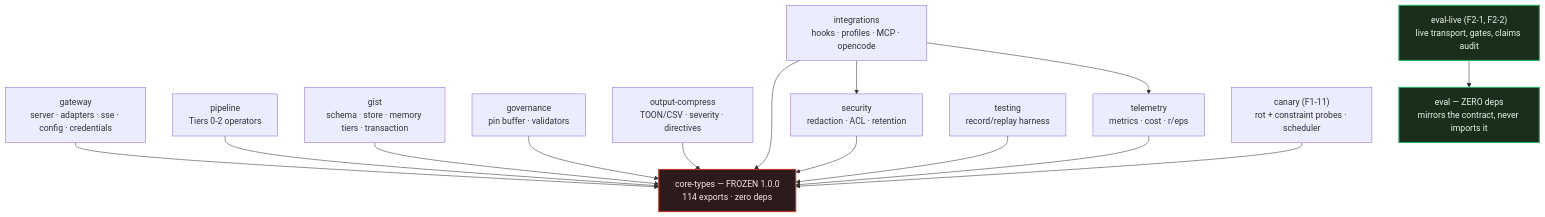
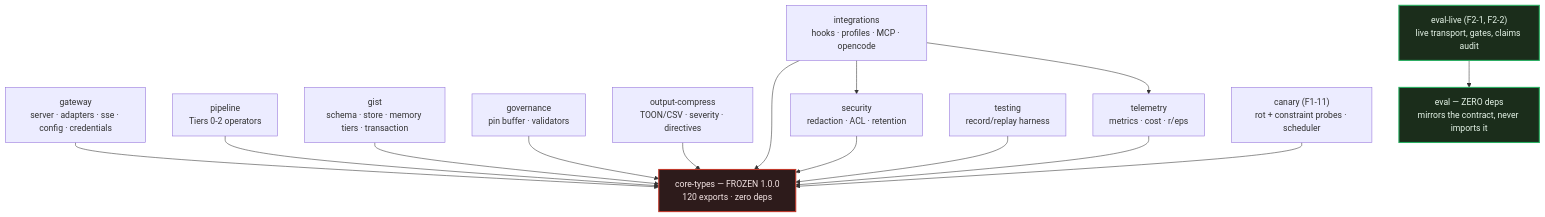
The first of 3 diagrams in AGENTS.md (VinodAtwal/strata-ctx), drawn with Mermaid before and after one commit. The commit also changed other lines of this file and 2 other files, not shown here.

````diff
--- a/AGENTS.md
+++ b/AGENTS.md
@@ -328,38 +328,38 @@
 ```mermaid
 graph TD
-  CT["core-types — FROZEN 1.0.0<br/>114 exports · zero deps"]
+  CT["core-types — FROZEN 1.0.0<br/>120 exports · zero deps"]
 
   GW["gateway<br/>server · adapters · sse · config · credentials"]
   PL["pipeline<br/>Tiers 0-2 operators"]
   GI["gist<br/>schema · store · memory tiers · transaction"]
   GV["governance<br/>pin buffer · validators"]
   OC["output-compress<br/>TOON/CSV · severity · directives"]
   TL["telemetry<br/>metrics · cost · r/eps"]
   SE["security<br/>redaction · ACL · retention"]
   TE["testing<br/>record/replay harness"]
 
   IN["integrations<br/>hooks · profiles · MCP · opencode"]
   EV["eval — ZERO deps<br/>mirrors the contract, never imports it"]
   EL["eval-live (F2-1, F2-2)<br/>live transport, gates, claims audit"]
   CN["canary (F1-11)<br/>rot + constraint probes · scheduler"]
 
   GW --> CT
   PL --> CT
   GI --> CT
   GV --> CT
   OC --> CT
   TL --> CT
   SE --> CT
   TE --> CT
   IN --> CT
   IN --> SE
   IN --> TL
   CN --> CT
   EL --> EV
 
   classDef frozen fill:#2d1b1b,stroke:#c0392b,stroke-width:2px,color:#f5e6e6
   classDef nodeps fill:#1b2d1b,stroke:#27ae60,stroke-width:2px,color:#e6f5e9
   class CT frozen
   class EV nodeps
   class EL nodeps
 ```
````
